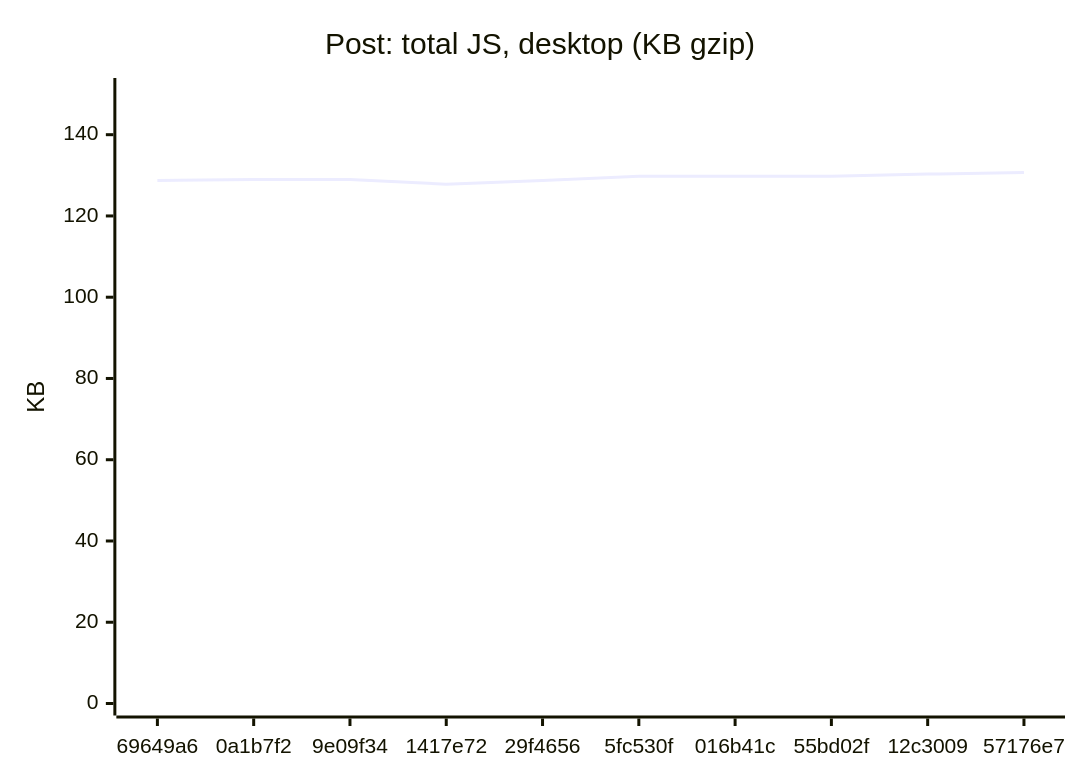
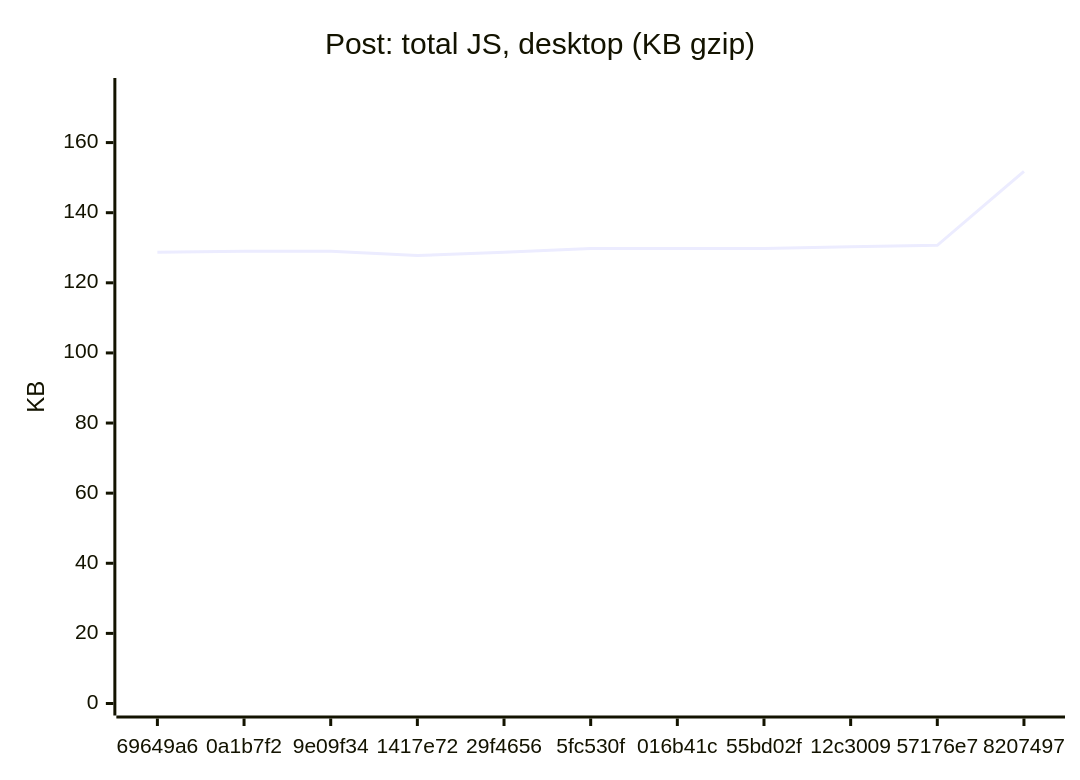
One commit to AxelUser/maltsev.space changed diagram 11 of 18 in README.md. Above: the diagram before and after it, drawn with Mermaid. The commit also changed other lines of this file and 1 other file, not shown here.

````diff
--- a/README.md
+++ b/README.md
@@ -125,7 +125,7 @@
 ```mermaid
 xychart-beta
   title "Post: total JS, desktop (KB gzip)"
-  x-axis ["69649a6", "0a1b7f2", "9e09f34", "1417e72", "29f4656", "5fc530f", "016b41c", "55bd02f", "12c3009", "57176e7"]
-  y-axis "KB" 0 --> 151
-  line [128.7, 129, 129, 127.8, 128.7, 129.8, 129.8, 129.8, 130.3, 130.7]
+  x-axis ["69649a6", "0a1b7f2", "9e09f34", "1417e72", "29f4656", "5fc530f", "016b41c", "55bd02f", "12c3009", "57176e7", "8207497"]
+  y-axis "KB" 0 --> 175
+  line [128.7, 129, 129, 127.8, 128.7, 129.8, 129.8, 129.8, 130.3, 130.7, 151.8]
 ```
````
